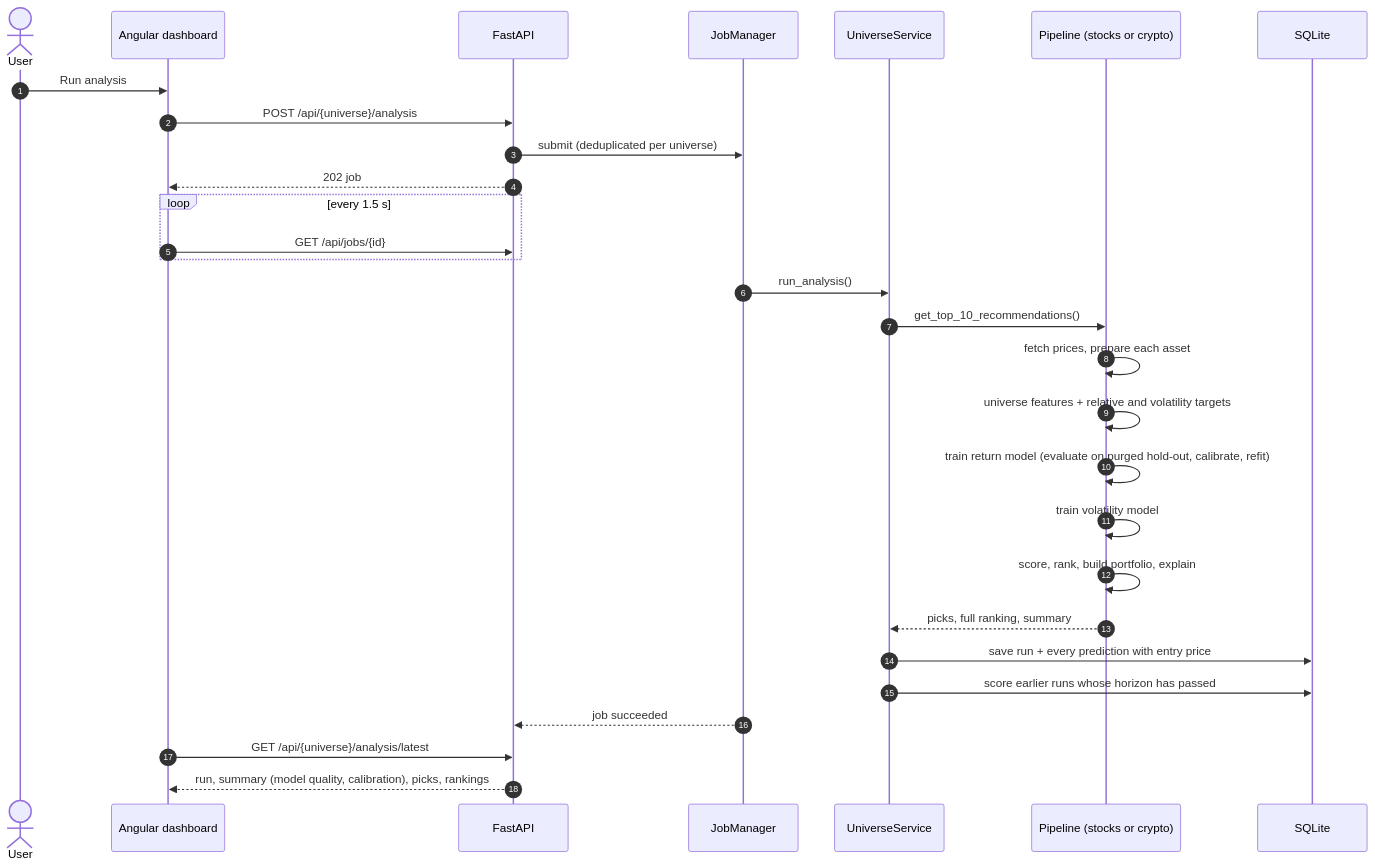
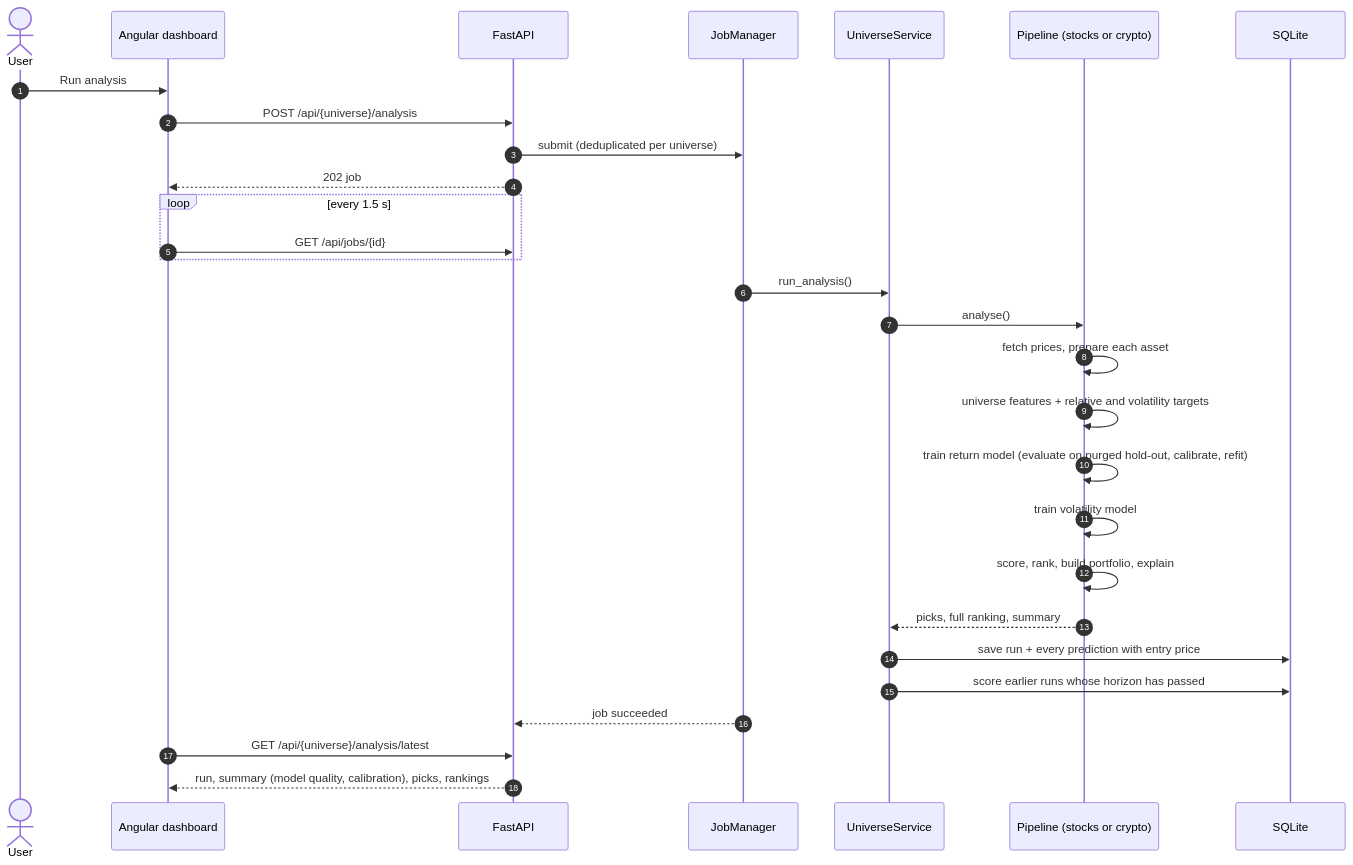
Before and after one commit to elyr/stock-market-predictor: the second of 8 diagrams in docs/ARCHITECTURE.md, drawn with Mermaid. The commit also changed other lines of this file and 40 other files, not shown here.

````diff
--- a/docs/ARCHITECTURE.md
+++ b/docs/ARCHITECTURE.md
@@ -175,32 +175,32 @@
 ```mermaid
 sequenceDiagram
     autonumber
     actor User
     participant UI as Angular dashboard
     participant API as FastAPI
     participant J as JobManager
     participant S as UniverseService
     participant P as Pipeline (stocks or crypto)
     participant DB as SQLite
 
     User->>UI: Run analysis
     UI->>API: POST /api/{universe}/analysis
     API->>J: submit (deduplicated per universe)
     API-->>UI: 202 job
     loop every 1.5 s
         UI->>API: GET /api/jobs/{id}
     end
     J->>S: run_analysis()
-    S->>P: get_top_10_recommendations()
+    S->>P: analyse()
     P->>P: fetch prices, prepare each asset
     P->>P: universe features + relative and volatility targets
     P->>P: train return model (evaluate on purged hold-out, calibrate, refit)
     P->>P: train volatility model
     P->>P: score, rank, build portfolio, explain
     P-->>S: picks, full ranking, summary
     S->>DB: save run + every prediction with entry price
     S->>DB: score earlier runs whose horizon has passed
     J-->>API: job succeeded
     UI->>API: GET /api/{universe}/analysis/latest
     API-->>UI: run, summary (model quality, calibration), picks, rankings
 ```
````
